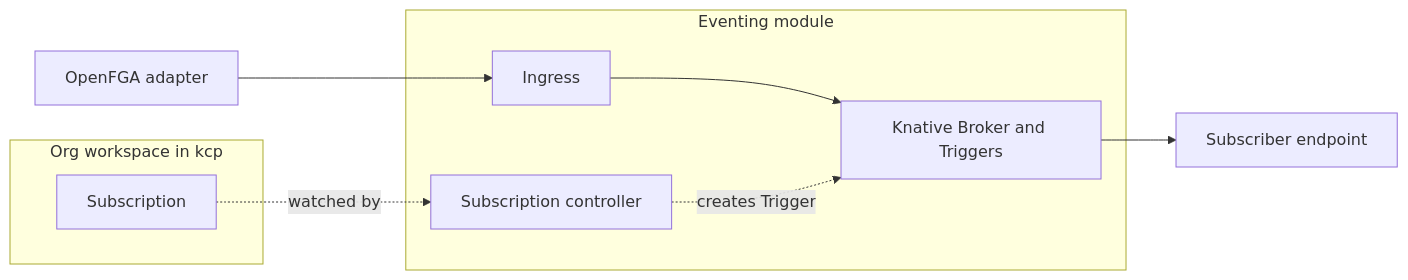
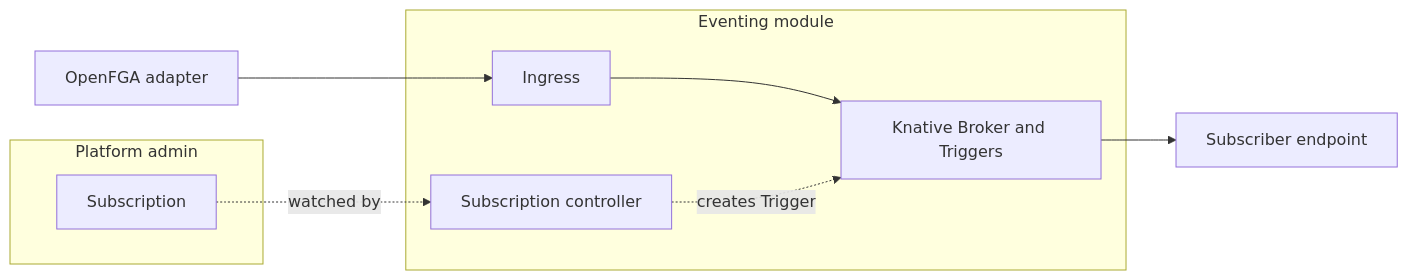
Before and after one commit to hellsontime/contrib-eventing: the diagram in docs/architecture.md, drawn with Mermaid. The commit also changed other lines of this file and 3 other files, not shown here.

````diff
--- a/docs/architecture.md
+++ b/docs/architecture.md
@@ -7,17 +7,17 @@
 ```mermaid
 flowchart LR
   fga[OpenFGA adapter]
   subgraph Module[Eventing module]
     ing[Ingress]
     subs[Subscription controller]
     kn[Knative Broker and Triggers]
   end
-  subgraph Org[Org workspace in kcp]
+  subgraph Admin[Platform admin]
     sub[Subscription]
   end
   fga --> ing
   ing --> kn
   sub -. watched by .-> subs
   subs -. creates Trigger .-> kn
   kn --> sink[Subscriber endpoint]
 ```
````
